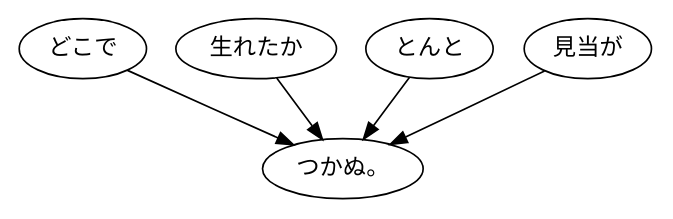
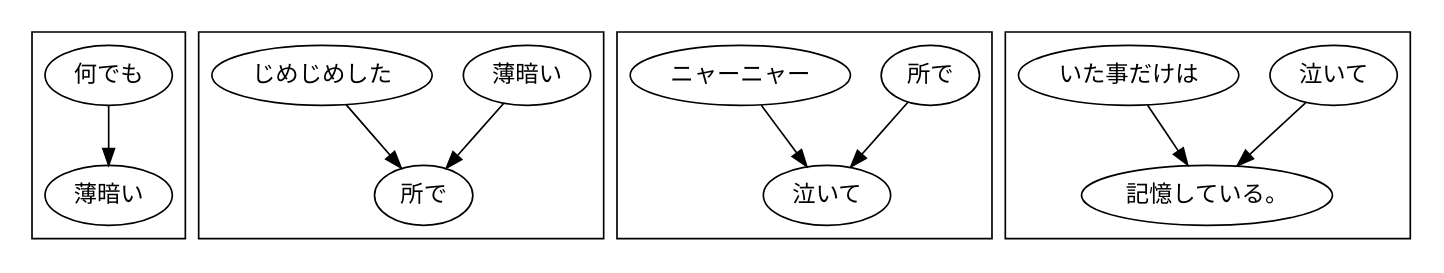
Before and after one commit to uchiyu/-100-: the diagram in 05/graph44.dot, drawn with Graphviz. The commit also changed 3 other files, not shown here.

```diff
--- a/05/graph44.dot
+++ b/05/graph44.dot
@@ -1,11 +1,36 @@
 digraph G {
-  modify1[label="どこで"];
-  modified[label="つかぬ。"];
-  modify2[label="生れたか"];
-  modify3[label="とんと"];
-  modify4[label="見当が"];
-  modify1 -> modified;
-  modify2 -> modified;
-  modify3 -> modified;
-  modify4 -> modified;
+  subgraph cluster0 {
+  }
+  subgraph cluster1 {
+    modify0and1[label="何でも"];
+    modified0[label="薄暗い"];
+    modify0and1 -> modified0;
+  }
+  subgraph cluster2 {
+  }
+  subgraph cluster3 {
+    modify1and1[label="薄暗い"];
+    modified1[label="所で"];
+    modify1and2[label="じめじめした"];
+    modify1and1 -> modified1;
+    modify1and2 -> modified1;
+  }
+  subgraph cluster4 {
+  }
+  subgraph cluster5 {
+    modify2and1[label="所で"];
+    modified2[label="泣いて"];
+    modify2and2[label="ニャーニャー"];
+    modify2and1 -> modified2;
+    modify2and2 -> modified2;
+  }
+  subgraph cluster6 {
+  }
+  subgraph cluster7 {
+    modify3and1[label="泣いて"];
+    modified3[label="記憶している。"];
+    modify3and2[label="いた事だけは"];
+    modify3and1 -> modified3;
+    modify3and2 -> modified3;
+  }
 }
```
